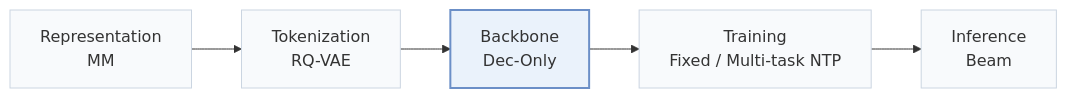
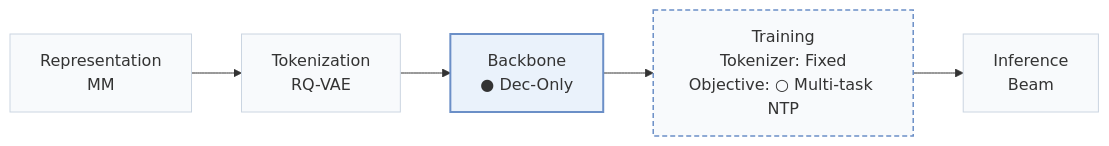
Before and after one commit to Galaxy-ghost/Awesome-SID-Generative-Rec: the first of 2 diagrams in pages/papers/prefixmem.md, drawn with Mermaid. The commit also changed other lines of this file and 558 other files, not shown here.

````diff
--- a/pages/papers/prefixmem.md
+++ b/pages/papers/prefixmem.md
@@ -15,8 +18,10 @@
 ```mermaid
 flowchart LR
-    R["Representation<br/>MM"] --> T["Tokenization<br/>RQ-VAE"] --> B["Backbone<br/>Dec-Only"] --> TR["Training<br/>Fixed / Multi-task NTP"] --> I["Inference<br/>Beam"]
+    R["Representation<br/>MM"] --> T["Tokenization<br/>RQ-VAE"] --> B["Backbone<br/>● Dec-Only"] --> TR["Training<br/>Tokenizer: Fixed<br/>Objective: ○ Multi-task NTP"] --> I["Inference<br/>Beam"]
     classDef base fill:#f8fafc,stroke:#cbd5e1
     class R,T,B,TR,I base
+    classDef other fill:#f8fafc,stroke:#6b8fc7,stroke-width:1.5px,stroke-dasharray:5 3
+    class TR other
     classDef main fill:#eaf2fb,stroke:#6b8fc7,stroke-width:2px
     class B main
 ```
````
